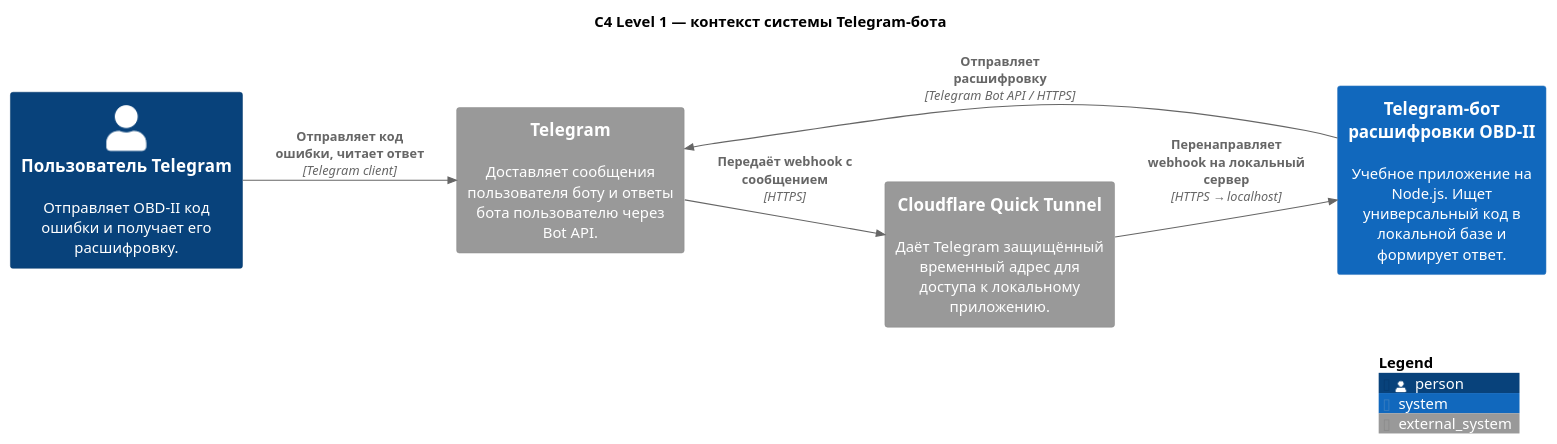
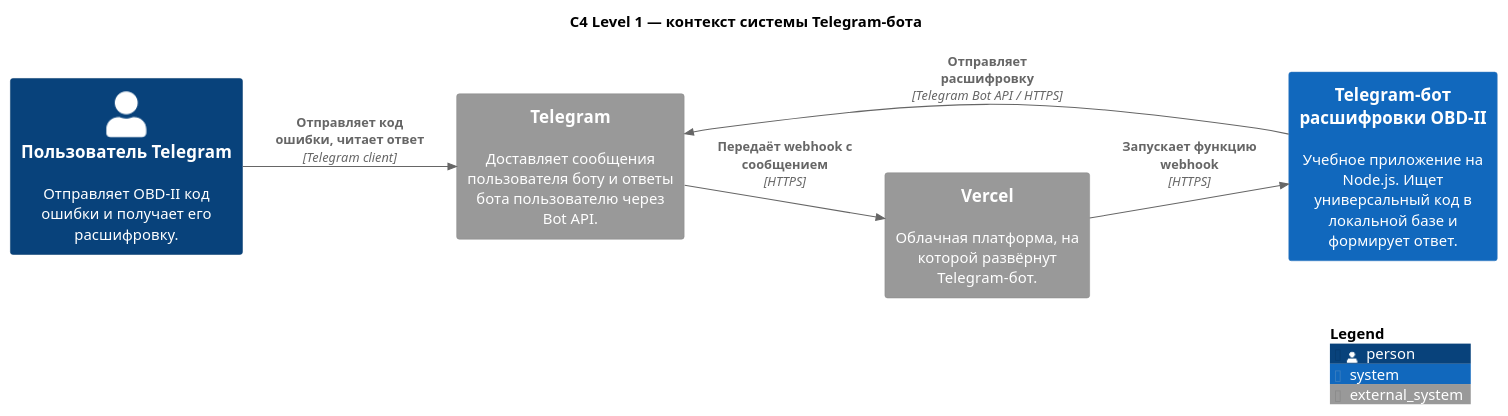
The diagram in docs/c4-level-1-system-context.puml (DmitriyLyashenko78/auto-helper-telegram-bot), drawn with PlantUML before and after one commit. The commit also changed 2 other files, not shown here.

Commit message:
Update C4 architecture diagrams

```diff
--- a/docs/c4-level-1-system-context.puml
+++ b/docs/c4-level-1-system-context.puml
@@ -1,21 +1,21 @@
 @startuml C4_Level_1_Telegram_Bot
 !includeurl https://raw.githubusercontent.com/plantuml-stdlib/C4-PlantUML/master/C4_Context.puml
 
 title C4 Level 1 — контекст системы Telegram-бота
 
 LAYOUT_LEFT_RIGHT()
 
 Person(user, "Пользователь Telegram", "Отправляет OBD-II код ошибки и получает его расшифровку.")
 
 System(bot, "Telegram-бот расшифровки OBD-II", "Учебное приложение на Node.js. Ищет универсальный код в локальной базе и формирует ответ.")
 
 System_Ext(telegram, "Telegram", "Доставляет сообщения пользователя боту и ответы бота пользователю через Bot API.")
-System_Ext(cloudflare, "Cloudflare Quick Tunnel", "Даёт Telegram защищённый временный адрес для доступа к локальному приложению.")
+System_Ext(vercel, "Vercel", "Облачная платформа, на которой развёрнут Telegram-бот.")
 
 Rel(user, telegram, "Отправляет код ошибки, читает ответ", "Telegram client")
-Rel(telegram, cloudflare, "Передаёт webhook с сообщением", "HTTPS")
-Rel(cloudflare, bot, "Перенаправляет webhook на локальный сервер", "HTTPS → localhost")
+Rel(telegram, vercel, "Передаёт webhook с сообщением", "HTTPS")
+Rel(vercel, bot, "Запускает функцию webhook", "HTTPS")
 Rel(bot, telegram, "Отправляет расшифровку", "Telegram Bot API / HTTPS")
 
 SHOW_LEGEND()
 @enduml
```
